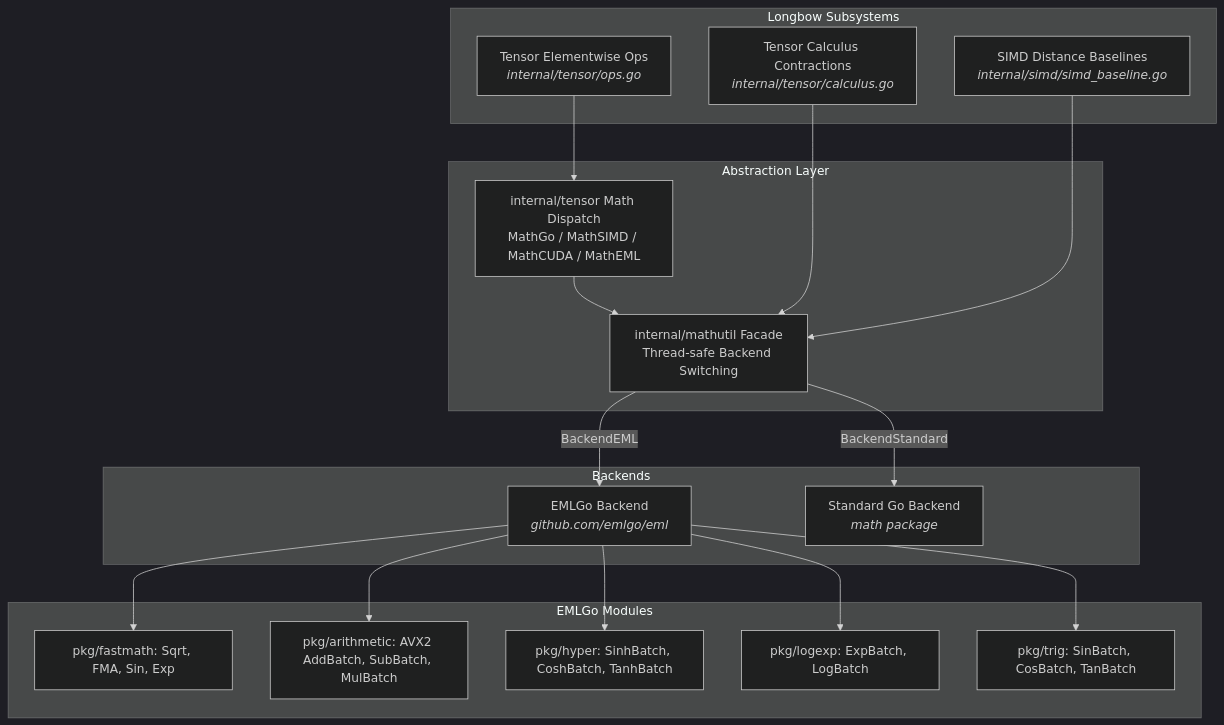
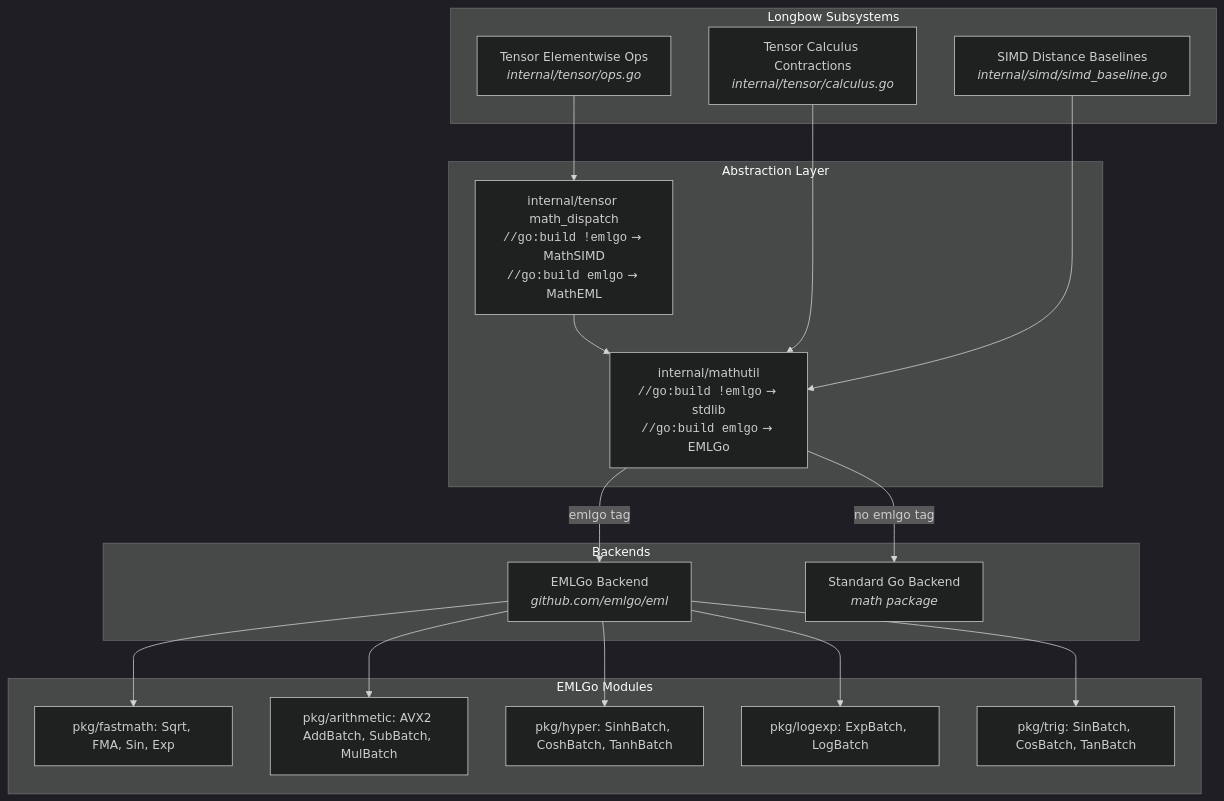
One commit to 23skdu/longbow changed the diagram in docs/emlgo.md. Above: the diagram before and after it, drawn with Mermaid (dark theme). The commit also changed other lines of this file and 6 other files, not shown here.

First line of the commit message:
docs: emlgo build tag docs, add EMLGo Dockerfiles

````diff
--- a/docs/emlgo.md
+++ b/docs/emlgo.md
@@ -15,40 +34,40 @@
 ```mermaid
 graph TD
     subgraph Longbow Subsystems
         TensorOps[Tensor Elementwise Ops<br/><i>internal/tensor/ops.go</i>]
         TensorCalculus[Tensor Calculus Contractions<br/><i>internal/tensor/calculus.go</i>]
         SIMDBaseline[SIMD Distance Baselines<br/><i>internal/simd/simd_baseline.go</i>]
     end
 
     subgraph Abstraction Layer
-        MathUtil[internal/mathutil Facade<br/>Thread-safe Backend Switching]
-        TensorDispatch[internal/tensor Math Dispatch<br/>MathGo / MathSIMD / MathCUDA / MathEML]
+        MathUtil["internal/mathutil<br/><code>//go:build !emlgo</code> → stdlib<br/><code>//go:build emlgo</code> → EMLGo"]
+        TensorDispatch["internal/tensor math_dispatch<br/><code>//go:build !emlgo</code> → MathSIMD<br/><code>//go:build emlgo</code> → MathEML"]
     end
 
     subgraph Backends
         EMLGoBackend[EMLGo Backend<br/><i>github.com/emlgo/eml</i>]
         StdLibBackend[Standard Go Backend<br/><i>math package</i>]
     end
 
     subgraph EMLGo Modules
         FastMath[pkg/fastmath: Sqrt, FMA, Sin, Exp]
         Arithmetic[pkg/arithmetic: AVX2 AddBatch, SubBatch, MulBatch]
         Hyper[pkg/hyper: SinhBatch, CoshBatch, TanhBatch]
         LogExp[pkg/logexp: ExpBatch, LogBatch]
         Trig[pkg/trig: SinBatch, CosBatch, TanBatch]
     end
 
     TensorOps --> TensorDispatch
     TensorDispatch --> MathUtil
     TensorCalculus --> MathUtil
     SIMDBaseline --> MathUtil
 
-    MathUtil -->|BackendEML| EMLGoBackend
-    MathUtil -->|BackendStandard| StdLibBackend
+    MathUtil -->|emlgo tag| EMLGoBackend
+    MathUtil -->|no emlgo tag| StdLibBackend
 
     EMLGoBackend --> FastMath
     EMLGoBackend --> Arithmetic
     EMLGoBackend --> Hyper
     EMLGoBackend --> LogExp
     EMLGoBackend --> Trig
 ```
````
